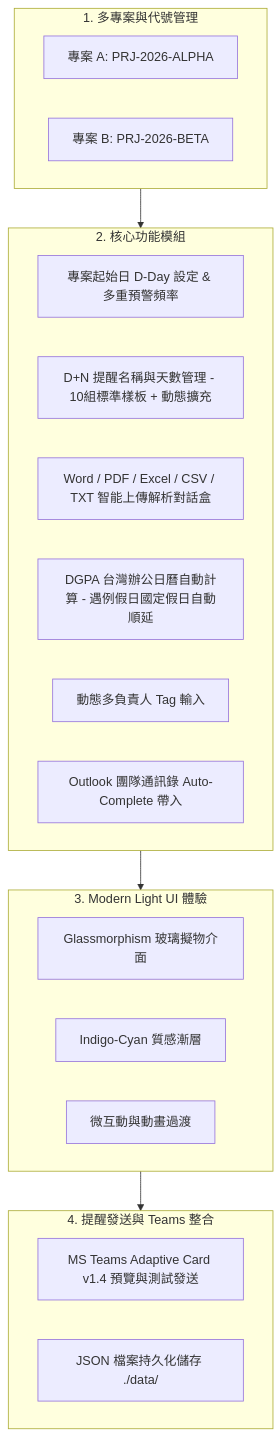
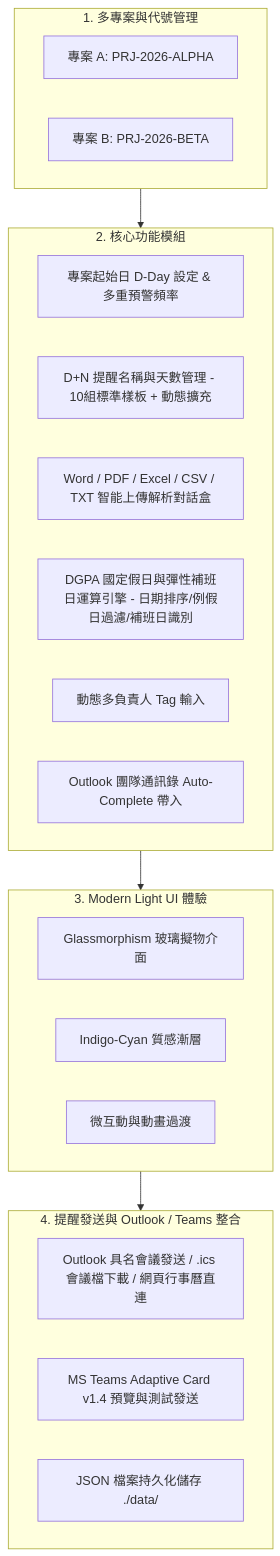
Before and after one commit to zearcehuang/report_reminder_system: the first of 2 diagrams in implementation_plan.md, drawn with Mermaid. The commit also changed other lines of this file and 9 other files, not shown here.

Commit message:
feat: implement DgpaHolidayService to calculate project schedules based on Taiwan holidays and workdays

````diff
--- a/implementation_plan.md
+++ b/implementation_plan.md
@@ -43,31 +46,32 @@
 ```mermaid
 graph TD
     subgraph MultiProject [1. 多專案與代號管理]
         ProjA[專案 A: PRJ-2026-ALPHA]
         ProjB[專案 B: PRJ-2026-BETA]
     end
 
     subgraph CoreFeatures [2. 核心功能模組]
         DDay[專案起始日 D-Day 設定 & 多重預警頻率]
         Rules[D+N 提醒名稱與天數管理 - 10組標準樣板 + 動態擴充]
         DocParse[Word / PDF / Excel / CSV / TXT 智能上傳解析對話盒]
-        HolidayService[DGPA 台灣辦公日曆自動計算 - 遇例假日國定假日自動順延]
+        HolidayService[DGPA 國定假日與彈性補班日運算引擎 - 日期排序/例假日過濾/補班日識別]
         MultiOwner[動態多負責人 Tag 輸入]
         OutlookContact[Outlook 團隊通訊錄 Auto-Complete 帶入]
     end
 
     subgraph UITheme ["3. Modern Light UI 體驗"]
         Glass[Glassmorphism 玻璃擬物介面]
         Gradient[Indigo-Cyan 質感漸層]
         Motion[微互動與動畫過渡]
     end
 
-    subgraph Output [4. 提醒發送與 Teams 整合]
+    subgraph Output [4. 提醒發送與 Outlook / Teams 整合]
+        OutlookEngine[Outlook 具名會議發送 / .ics 會議檔下載 / 網頁行事曆直連]
         Teams[MS Teams Adaptive Card v1.4 預覽與測試發送]
         JSONStorage[JSON 檔案持久化儲存 ./data/]
     end
 
     MultiProject --> CoreFeatures
     CoreFeatures --> UITheme
     UITheme --> Output
 ```
````
